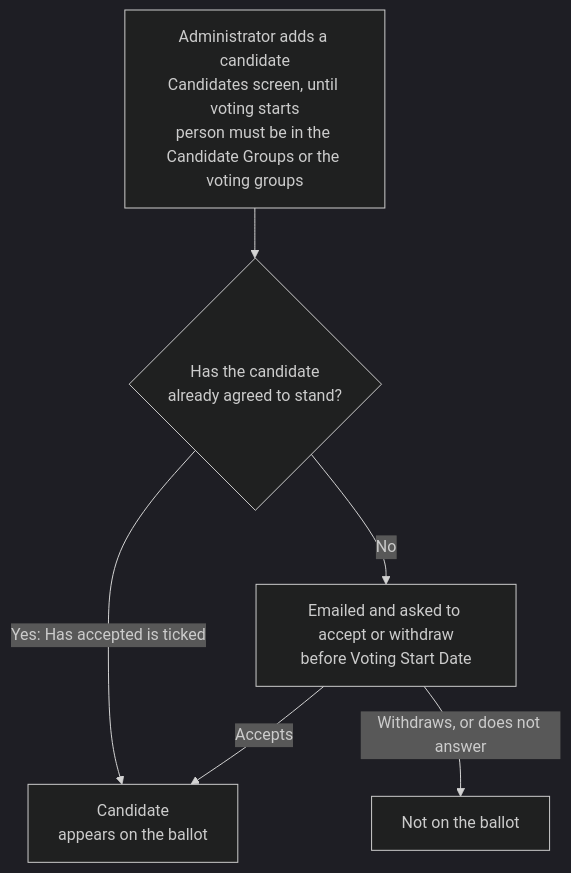
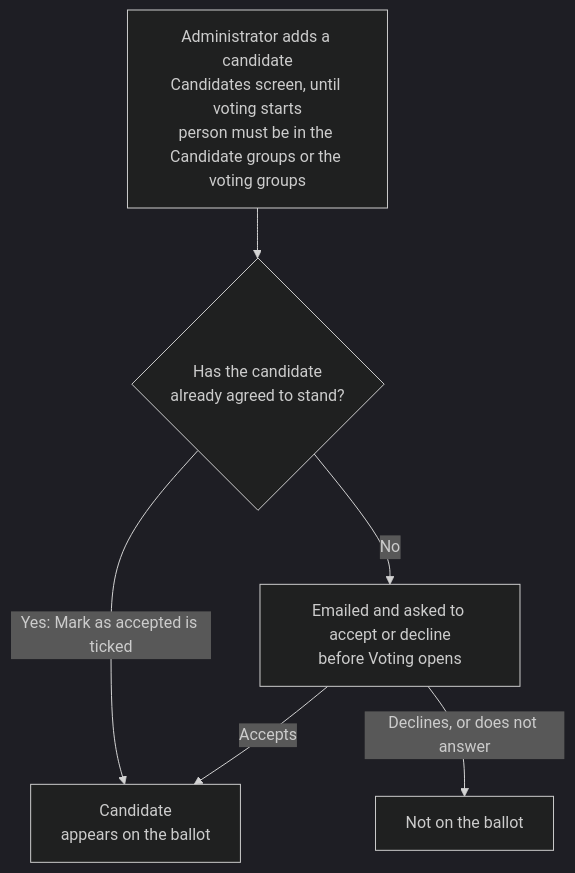
One commit to agileware/au.com.agileware.elections changed the third of 8 diagrams in docs/workflows.md. Above: the diagram before and after it, drawn with Mermaid (dark theme). The commit also changed other lines of this file and 198 other files, not shown here.

````diff
--- a/docs/workflows.md
+++ b/docs/workflows.md
@@ -48,8 +48,8 @@
 ```mermaid
 flowchart TD
-    O1["Administrator adds a candidate<br/>Candidates screen, until voting starts<br/>person must be in the Candidate Groups or the voting groups"] --> O2{"Has the candidate<br/>already agreed to stand?"}
-    O2 -->|"Yes: Has accepted is ticked"| O4["Candidate<br/>appears on the ballot"]
-    O2 -->|No| O3["Emailed and asked to accept or withdraw<br/>before Voting Start Date"]
+    O1["Administrator adds a candidate<br/>Candidates screen, until voting starts<br/>person must be in the Candidate groups or the voting groups"] --> O2{"Has the candidate<br/>already agreed to stand?"}
+    O2 -->|"Yes: Mark as accepted is ticked"| O4["Candidate<br/>appears on the ballot"]
+    O2 -->|No| O3["Emailed and asked to accept or decline<br/>before Voting opens"]
     O3 -->|Accepts| O4
-    O3 -->|"Withdraws, or does not answer"| O5["Not on the ballot"]
+    O3 -->|"Declines, or does not answer"| O5["Not on the ballot"]
 ```
````
